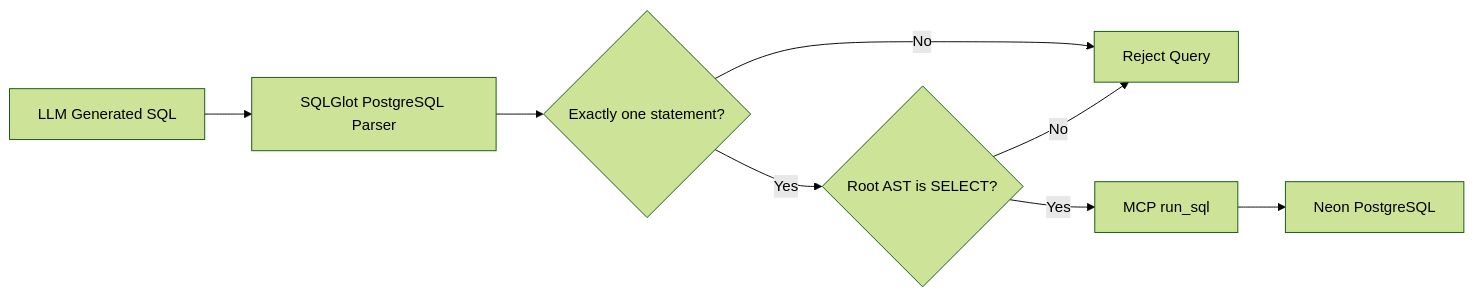
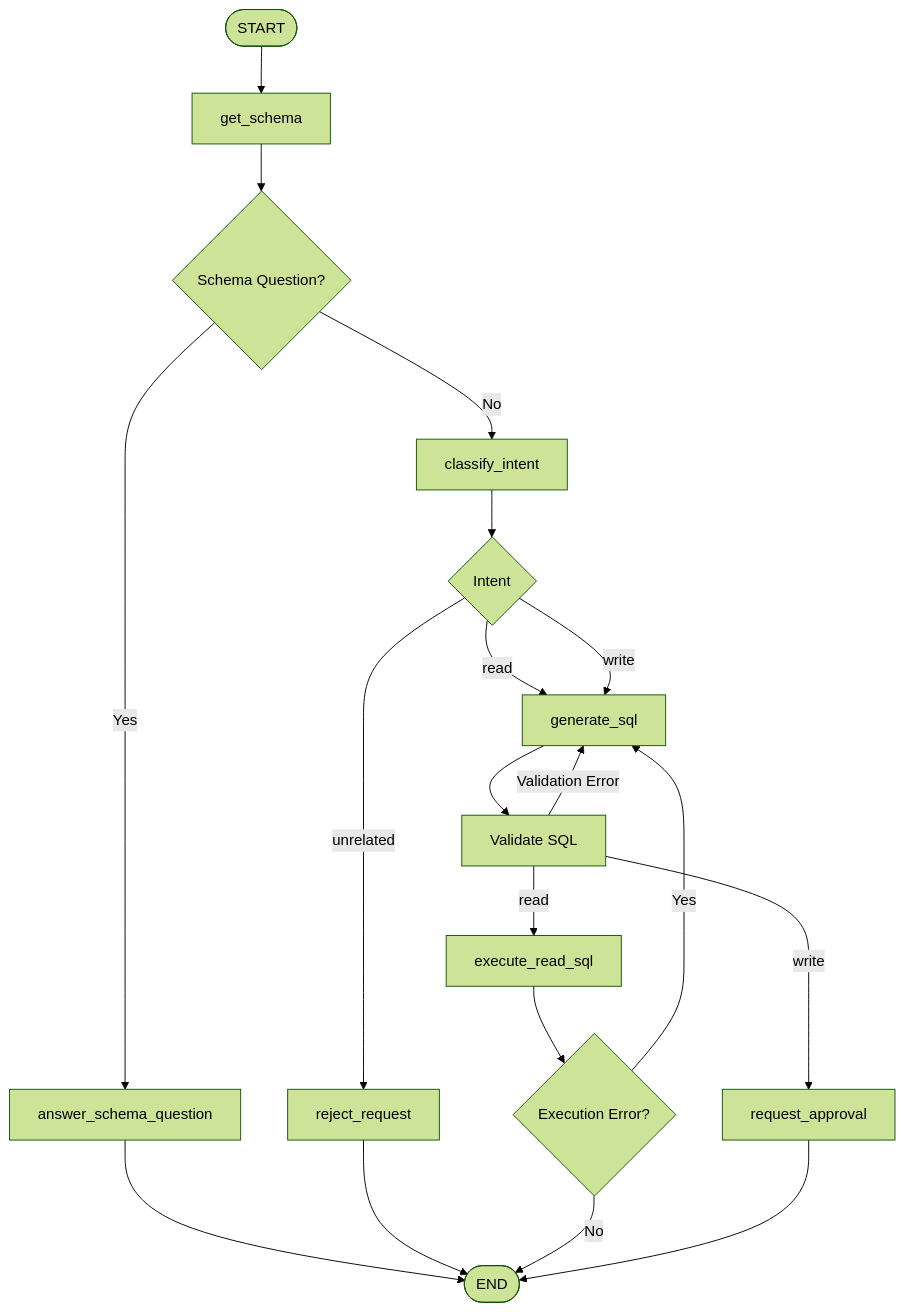
Before and after one commit to radhey004/database--agent: the fourth of 7 diagrams in README.md, drawn with Mermaid (forest theme). The commit also changed other lines of this file, not shown here.

````diff
--- a/README.md
+++ b/README.md
@@ -130,21 +151,35 @@
 ```mermaid
-flowchart LR
-    LLM[LLM Generated SQL]
-    PARSE[SQLGlot PostgreSQL Parser]
-    ONE{Exactly one statement?}
-    SELECT{Root AST is SELECT?}
-    MCP[MCP run_sql]
-    DB[Neon PostgreSQL]
-    REJECT[Reject Query]
+flowchart TD
 
-    LLM --> PARSE
-    PARSE --> ONE
+    START([START])
 
-    ONE -->|No| REJECT
-    ONE -->|Yes| SELECT
+    START --> GS[get_schema]
 
-    SELECT -->|No| REJECT
-    SELECT -->|Yes| MCP
+    GS --> SCHEMA_CHECK{Schema Question?}
 
-    MCP --> DB
+    SCHEMA_CHECK -->|Yes| AS[answer_schema_question]
+    AS --> END([END])
+
+    SCHEMA_CHECK -->|No| CI[classify_intent]
+
+    CI --> RI{Intent}
+
+    RI -->|unrelated| RR[reject_request]
+    RR --> END
+
+    RI -->|read| SQL[generate_sql]
+    RI -->|write| SQL
+
+    SQL --> SV[Validate SQL]
+
+    SV -->|Validation Error| SQL
+    SV -->|read| ER[execute_read_sql]
+    SV -->|write| PA[request_approval]
+
+    ER --> EV{Execution Error?}
+
+    EV -->|Yes| SQL
+    EV -->|No| END
+
+    PA --> END
 ```
````
